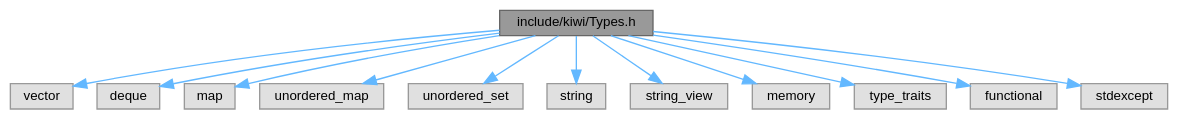
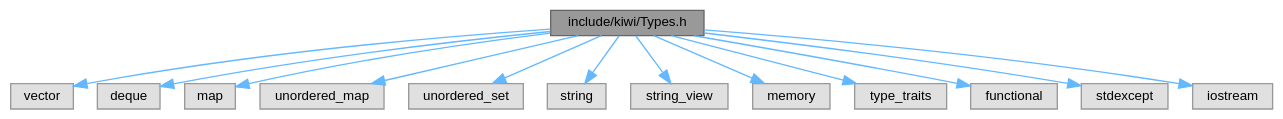
The diagram in Types_8h__incl.dot (bab2min/Kiwi), drawn with Graphviz before and after one commit. The commit also changed 249 other files, not shown here.

```diff
--- a/Types_8h__incl.dot
+++ b/Types_8h__incl.dot
@@ -1,30 +1,32 @@
 digraph "include/kiwi/Types.h"
 {
  // LATEX_PDF_SIZE
   bgcolor="transparent";
   edge [fontname=Helvetica,fontsize=10,labelfontname=Helvetica,labelfontsize=10];
   node [fontname=Helvetica,fontsize=10,shape=box,height=0.2,width=0.4];
   Node1 [id="Node000001",label="include/kiwi/Types.h",height=0.2,width=0.4,color="gray40", fillcolor="grey60", style="filled", fontcolor="black",tooltip="Kiwi C++ API에 쓰이는 주요 타입들을 모아놓은 헤더 파일"];
   Node1 -> Node2 [id="edge1_Node000001_Node000002",color="steelblue1",style="solid",tooltip=" "];
   Node2 [id="Node000002",label="vector",height=0.2,width=0.4,color="grey60", fillcolor="#E0E0E0", style="filled",tooltip=" "];
   Node1 -> Node3 [id="edge2_Node000001_Node000003",color="steelblue1",style="solid",tooltip=" "];
   Node3 [id="Node000003",label="deque",height=0.2,width=0.4,color="grey60", fillcolor="#E0E0E0", style="filled",tooltip=" "];
   Node1 -> Node4 [id="edge3_Node000001_Node000004",color="steelblue1",style="solid",tooltip=" "];
   Node4 [id="Node000004",label="map",height=0.2,width=0.4,color="grey60", fillcolor="#E0E0E0", style="filled",tooltip=" "];
   Node1 -> Node5 [id="edge4_Node000001_Node000005",color="steelblue1",style="solid",tooltip=" "];
   Node5 [id="Node000005",label="unordered_map",height=0.2,width=0.4,color="grey60", fillcolor="#E0E0E0", style="filled",tooltip=" "];
   Node1 -> Node6 [id="edge5_Node000001_Node000006",color="steelblue1",style="solid",tooltip=" "];
   Node6 [id="Node000006",label="unordered_set",height=0.2,width=0.4,color="grey60", fillcolor="#E0E0E0", style="filled",tooltip=" "];
   Node1 -> Node7 [id="edge6_Node000001_Node000007",color="steelblue1",style="solid",tooltip=" "];
   Node7 [id="Node000007",label="string",height=0.2,width=0.4,color="grey60", fillcolor="#E0E0E0", style="filled",tooltip=" "];
   Node1 -> Node8 [id="edge7_Node000001_Node000008",color="steelblue1",style="solid",tooltip=" "];
   Node8 [id="Node000008",label="string_view",height=0.2,width=0.4,color="grey60", fillcolor="#E0E0E0", style="filled",tooltip=" "];
   Node1 -> Node9 [id="edge8_Node000001_Node000009",color="steelblue1",style="solid",tooltip=" "];
   Node9 [id="Node000009",label="memory",height=0.2,width=0.4,color="grey60", fillcolor="#E0E0E0", style="filled",tooltip=" "];
   Node1 -> Node10 [id="edge9_Node000001_Node000010",color="steelblue1",style="solid",tooltip=" "];
   Node10 [id="Node000010",label="type_traits",height=0.2,width=0.4,color="grey60", fillcolor="#E0E0E0", style="filled",tooltip=" "];
   Node1 -> Node11 [id="edge10_Node000001_Node000011",color="steelblue1",style="solid",tooltip=" "];
   Node11 [id="Node000011",label="functional",height=0.2,width=0.4,color="grey60", fillcolor="#E0E0E0", style="filled",tooltip=" "];
   Node1 -> Node12 [id="edge11_Node000001_Node000012",color="steelblue1",style="solid",tooltip=" "];
   Node12 [id="Node000012",label="stdexcept",height=0.2,width=0.4,color="grey60", fillcolor="#E0E0E0", style="filled",tooltip=" "];
+  Node1 -> Node13 [id="edge12_Node000001_Node000013",color="steelblue1",style="solid",tooltip=" "];
+  Node13 [id="Node000013",label="iostream",height=0.2,width=0.4,color="grey60", fillcolor="#E0E0E0", style="filled",tooltip=" "];
 }
```
